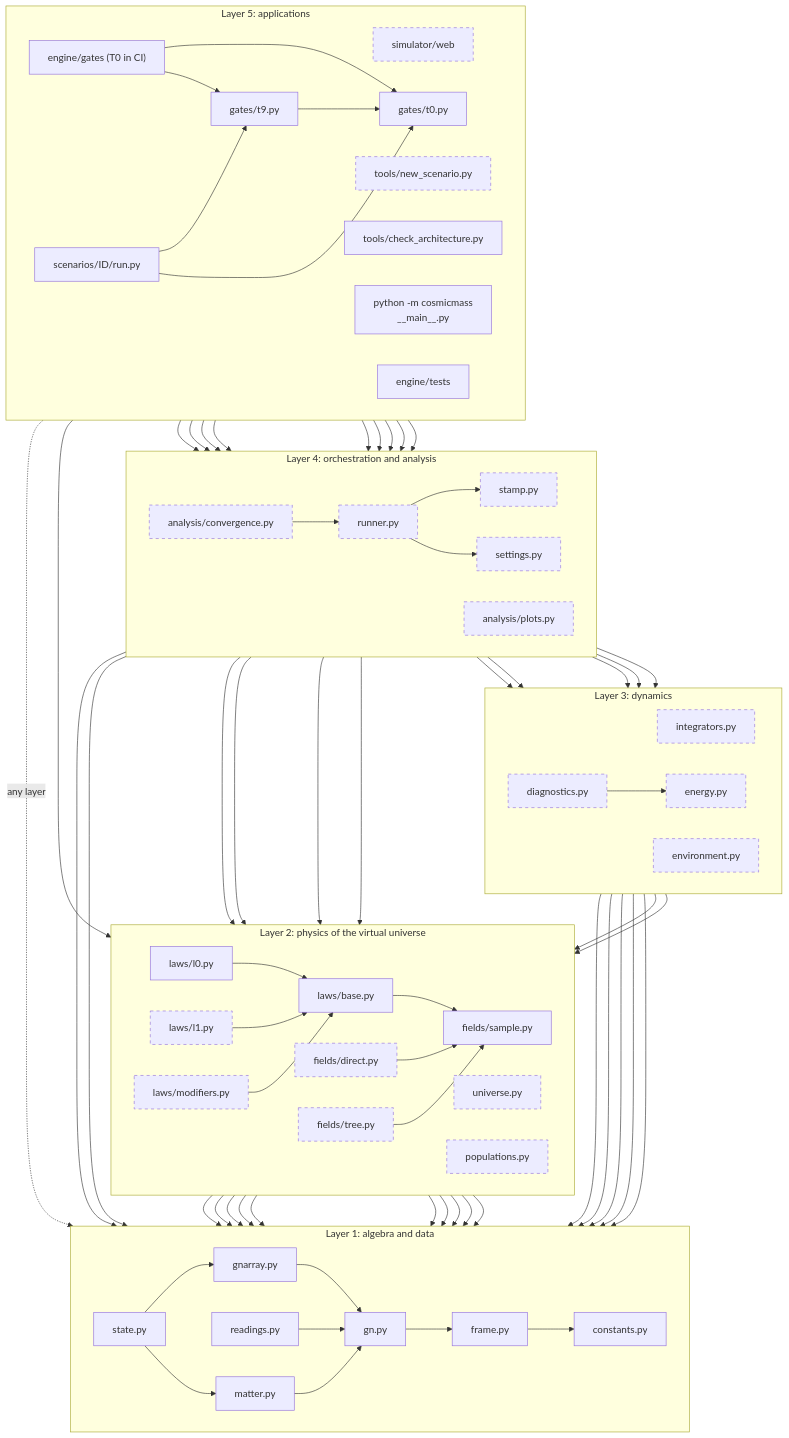
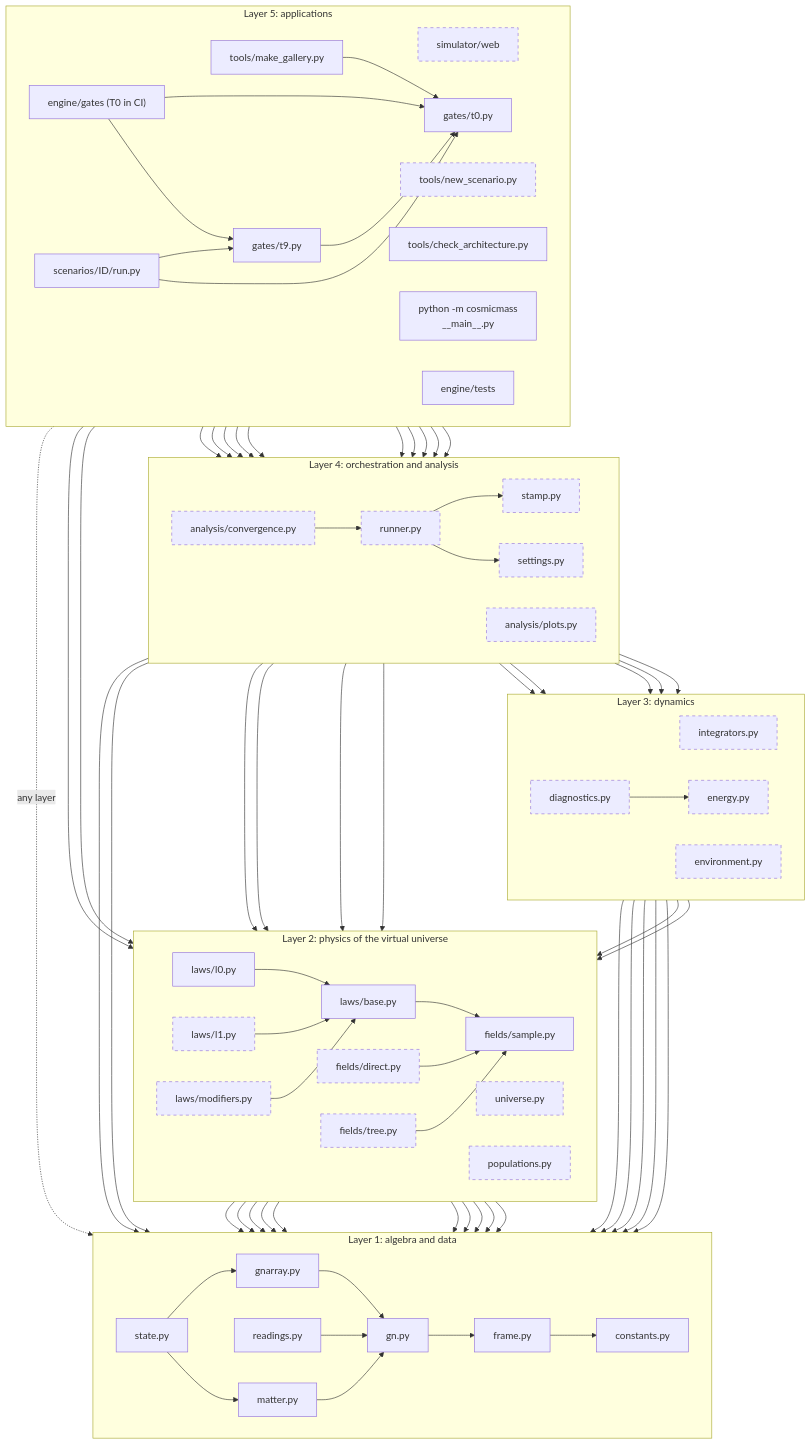
Before and after one commit to MostafaDerraz/cosmic-mass-lab: the second of 8 diagrams in ARCHITECTURE.md, drawn with Mermaid. The commit also changed other lines of this file and 18 other files, not shown here.

```diff
--- a/ARCHITECTURE.md
+++ b/ARCHITECTURE.md
@@ -135,6 +136,7 @@
         webui["simulator/web"]:::planned
         scaffold["tools/new_scenario.py"]:::planned
         archcheck["tools/check_architecture.py"]
+        gallery["tools/make_gallery.py"]
         cli["python -m cosmicmass<br/>__main__.py"]
         scen["scenarios/ID/run.py"]
         gate["gates/t0.py"]
@@ -186,6 +188,9 @@
 
     scen --> runner
     cli --> runner
+    gallery --> gate
+    gallery --> runner
+    gallery --> fields
     scen --> settings
     gatetests --> gate
     gatetests --> limits
```
